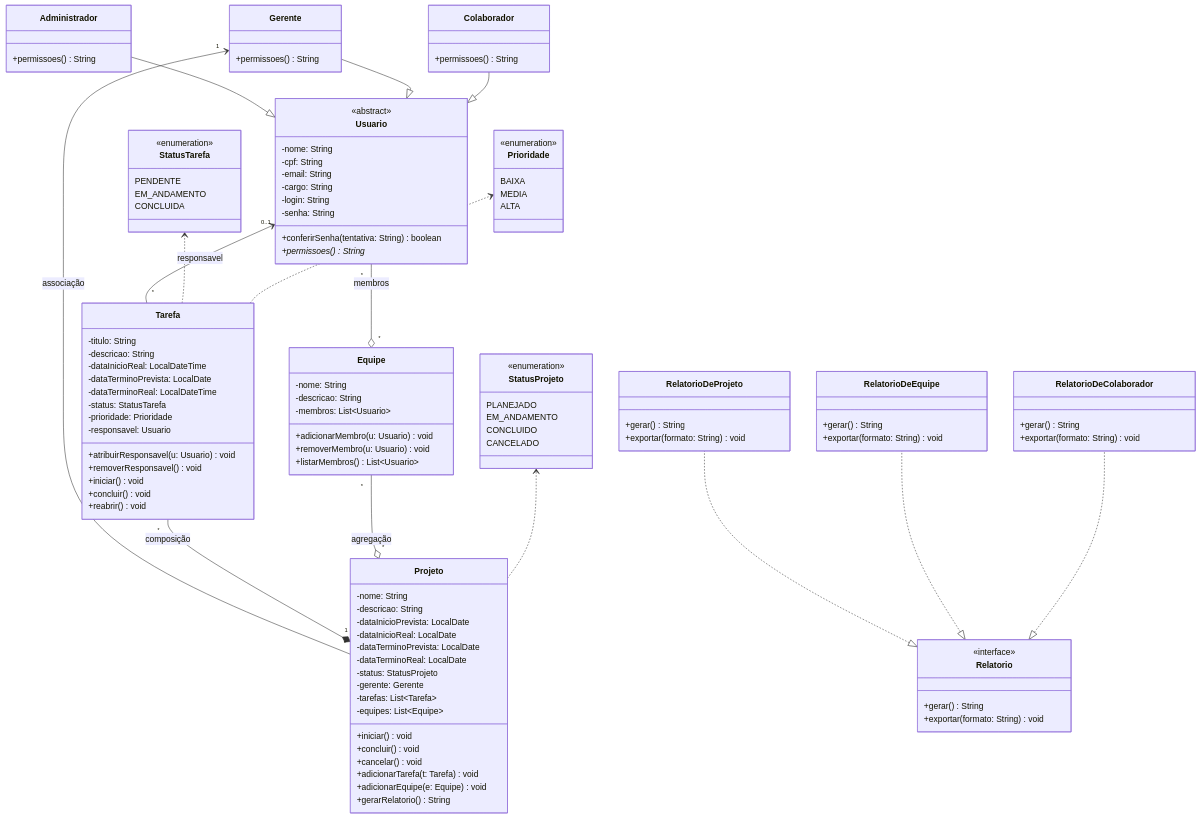
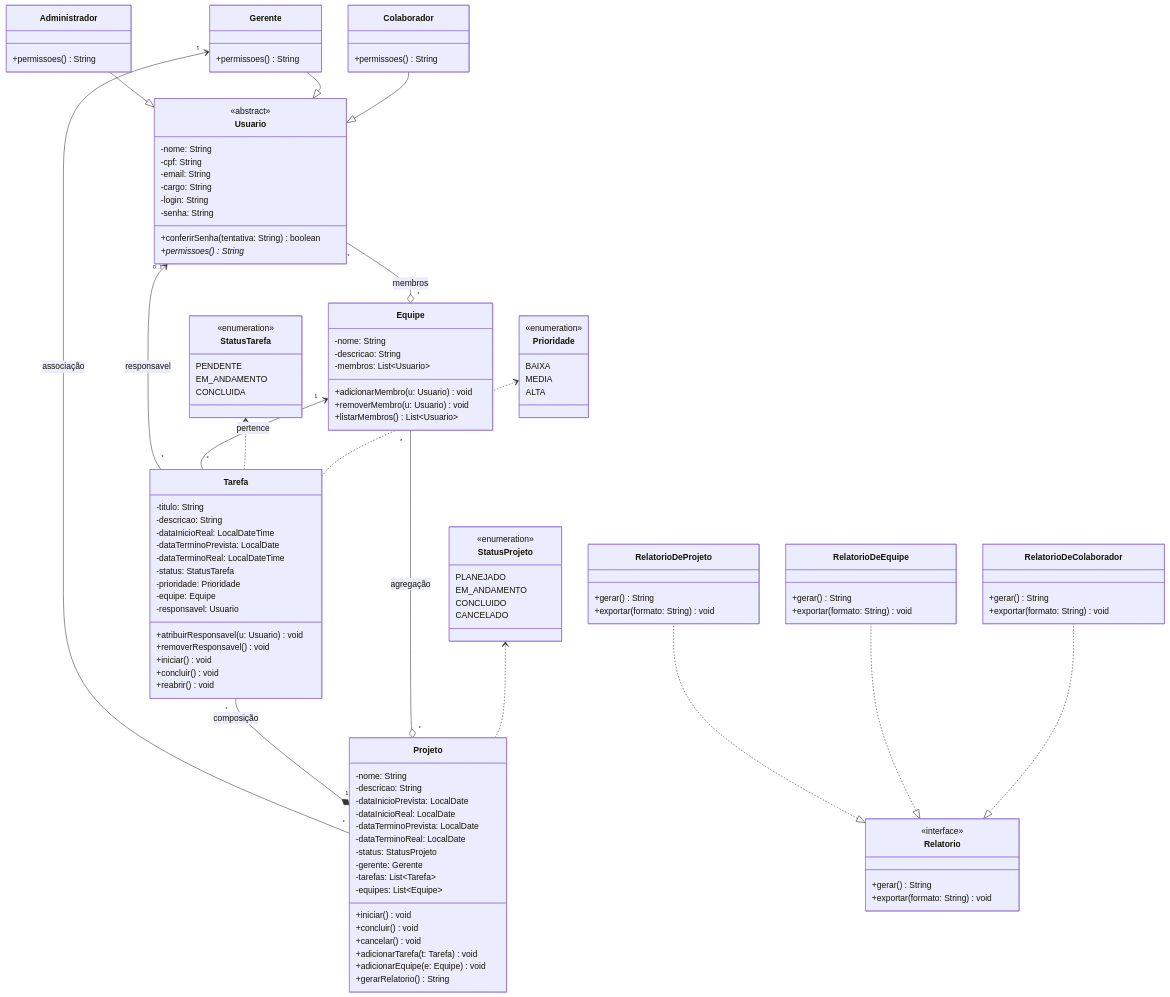
One commit to nbzabeu-coder/A3_GestaoProjetos changed the diagram in design/diagrama-classes.md. Above: the diagram before and after it, drawn with Mermaid. The commit also changed 7 other files, not shown here.

Commit message:
Adiciona classe Equipe e relacionamento Tarefa-Equipe (Tarefa 5 parcial)

```diff
--- a/design/diagrama-classes.md
+++ b/design/diagrama-classes.md
@@ -69,6 +69,7 @@
         -dataTerminoReal: LocalDateTime
         -status: StatusTarefa
         -prioridade: Prioridade
+        -equipe: Equipe
         -responsavel: Usuario
         +atribuirResponsavel(u: Usuario) void
         +removerResponsavel() void
@@ -128,6 +129,7 @@
 Relatorio <|.. RelatorioDeEquipe
 Relatorio <|.. RelatorioDeColaborador
 Tarefa "*" --> "0..1" Usuario : responsavel
+Tarefa "*" --> "1" Equipe : pertence
 Projeto "*" --> "1" Gerente : associação
 Projeto "1" *-- "*" Tarefa : composição
 Projeto "*" o-- "*" Equipe : agregação
```
